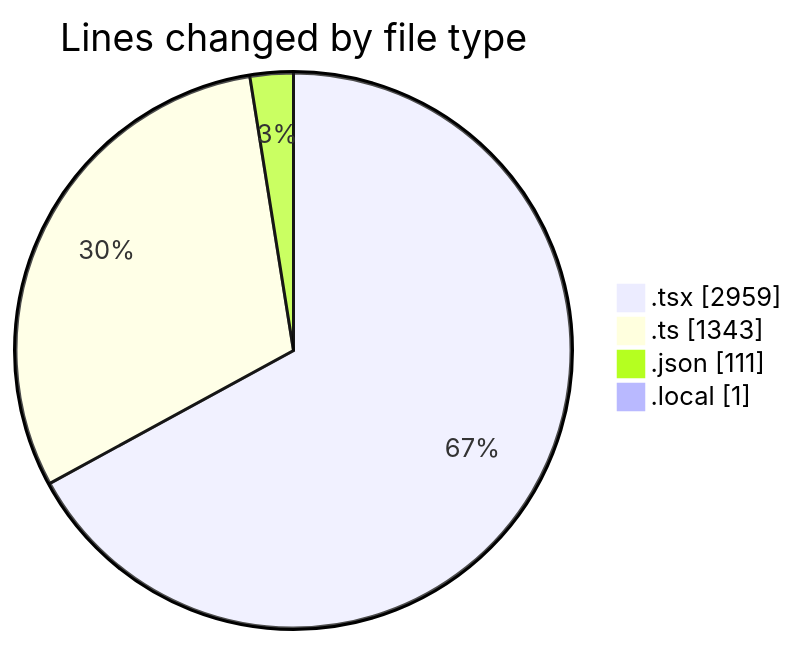
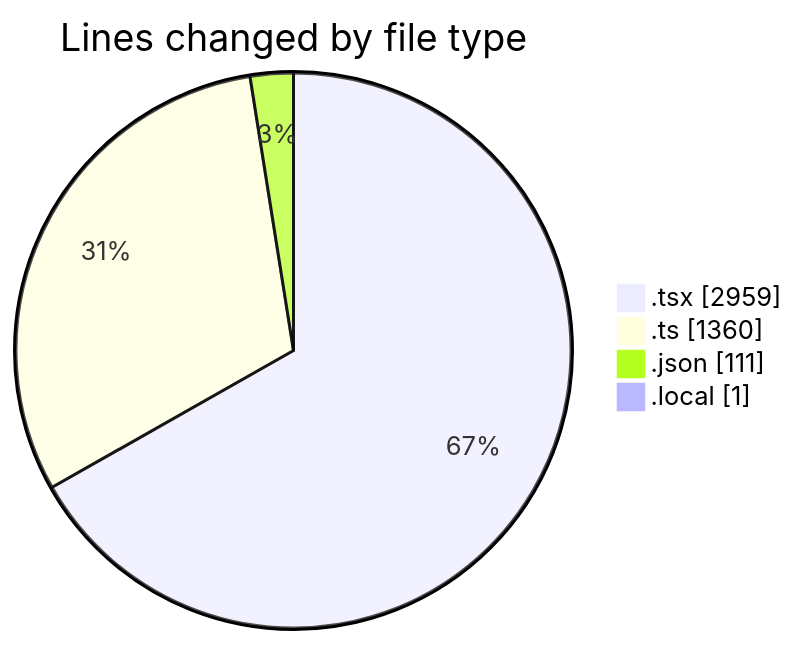
The first of 2 diagrams in 2025-11-08/eventscop-frontend-guide__workspace_/README.md (julien-gomy/code-tracking), drawn with Mermaid before and after one commit. The commit also changed other lines of this file and 1 other file, not shown here.

````diff
--- a/2025-11-08/eventscop-frontend-guide__workspace_/README.md
+++ b/2025-11-08/eventscop-frontend-guide__workspace_/README.md
@@ -60,8 +60,8 @@
 ```mermaid
 pie showData
 title Lines changed by file type
 ".tsx" : 2959
-".ts" : 1343
+".ts" : 1360
 ".json" : 111
 ".local" : 1
 ```
````
